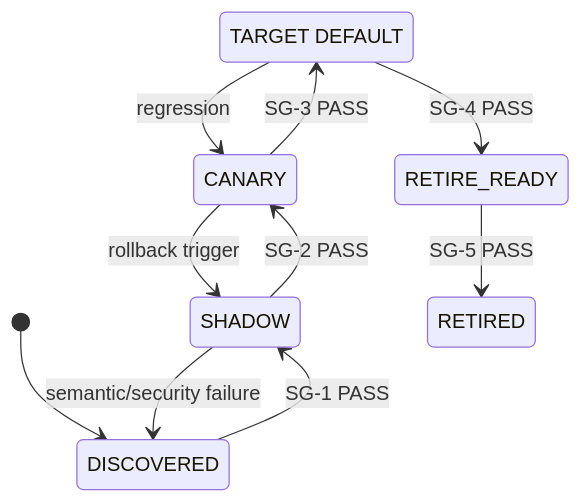
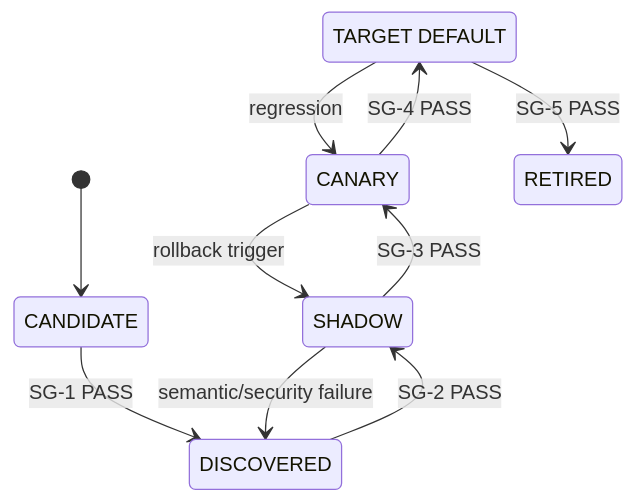
Before and after one commit to huynv-xyz/vhm: the fourth of 4 diagrams in zero-trust.md, drawn with Mermaid. The commit also changed other lines of this file, not shown here.

````diff
--- a/zero-trust.md
+++ b/zero-trust.md
@@ -645,13 +573,13 @@
 ```mermaid
 stateDiagram-v2
     state "TARGET DEFAULT" as TARGET_DEFAULT
-    [*] --> DISCOVERED
-    DISCOVERED --> SHADOW: SG-1 PASS
-    SHADOW --> CANARY: SG-2 PASS
-    CANARY --> TARGET_DEFAULT: SG-3 PASS
-    TARGET_DEFAULT --> RETIRE_READY: SG-4 PASS
-    RETIRE_READY --> RETIRED: SG-5 PASS
+    [*] --> CANDIDATE
+    CANDIDATE --> DISCOVERED: SG-1 PASS
+    DISCOVERED --> SHADOW: SG-2 PASS
+    SHADOW --> CANARY: SG-3 PASS
+    CANARY --> TARGET_DEFAULT: SG-4 PASS
+    TARGET_DEFAULT --> RETIRED: SG-5 PASS
     SHADOW --> DISCOVERED: semantic/security failure
     CANARY --> SHADOW: rollback trigger
     TARGET_DEFAULT --> CANARY: regression
 ```
````
